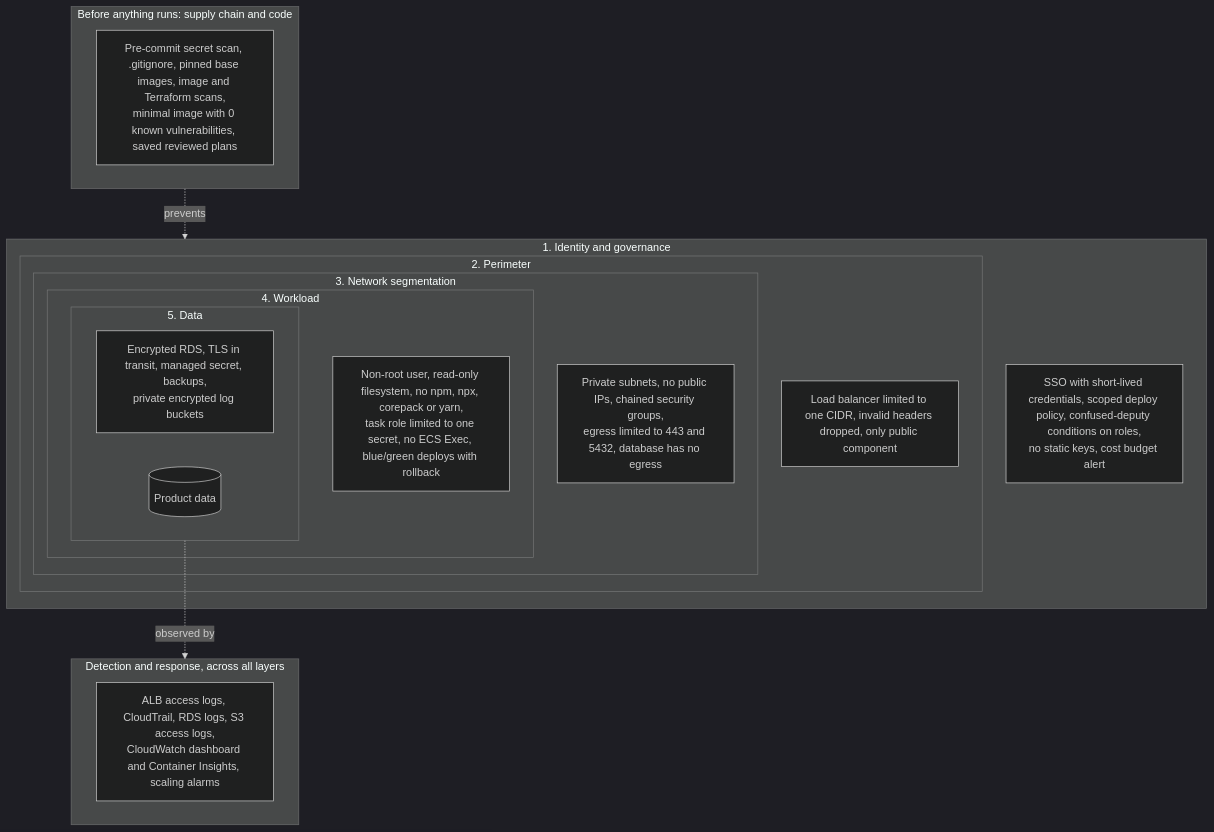
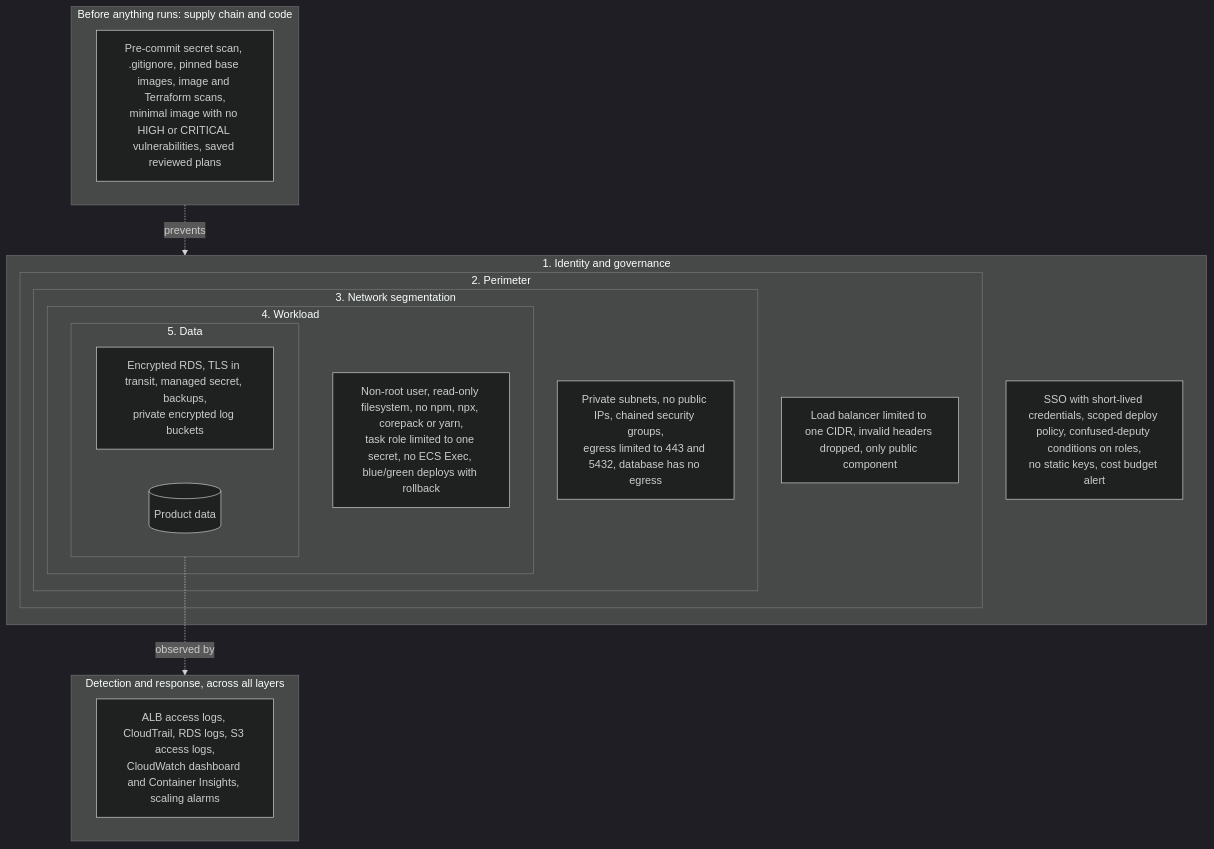
Before and after one commit to bdahiya2007/secure-containerized-microservices-app-aws: the fourth of 6 diagrams in docs/Architecture.md, drawn with Mermaid (dark theme). The commit also changed other lines of this file and 11 other files, not shown here.

````diff
--- a/docs/Architecture.md
+++ b/docs/Architecture.md
@@ -193,30 +193,30 @@
 ```mermaid
 flowchart TB
   subgraph L0 ["Before anything runs: supply chain and code"]
-    s0["Pre-commit secret scan, .gitignore, pinned base images, image and Terraform scans,<br/>minimal image with 0 known vulnerabilities, saved reviewed plans"]
+    s0["Pre-commit secret scan, .gitignore, pinned base images, image and Terraform scans,<br/>minimal image with no HIGH or CRITICAL vulnerabilities, saved reviewed plans"]
   end
 
   subgraph L1 ["1. Identity and governance"]
     s1["SSO with short-lived credentials, scoped deploy policy, confused-deputy conditions on roles,<br/>no static keys, cost budget alert"]
     subgraph L2 ["2. Perimeter"]
       s2["Load balancer limited to one CIDR, invalid headers dropped, only public component"]
       subgraph L3 ["3. Network segmentation"]
         s3["Private subnets, no public IPs, chained security groups,<br/>egress limited to 443 and 5432, database has no egress"]
         subgraph L4 ["4. Workload"]
           s4["Non-root user, read-only filesystem, no npm, npx, corepack or yarn,<br/>task role limited to one secret, no ECS Exec, blue/green deploys with rollback"]
           subgraph L5 ["5. Data"]
             s5["Encrypted RDS, TLS in transit, managed secret, backups,<br/>private encrypted log buckets"]
             data[("Product data")]
           end
         end
       end
     end
   end
 
   subgraph LD ["Detection and response, across all layers"]
     sd["ALB access logs, CloudTrail, RDS logs, S3 access logs,<br/>CloudWatch dashboard and Container Insights, scaling alarms"]
   end
 
   L0 -.->|"prevents"| L1
   L5 -.->|"observed by"| LD
 ```
````
